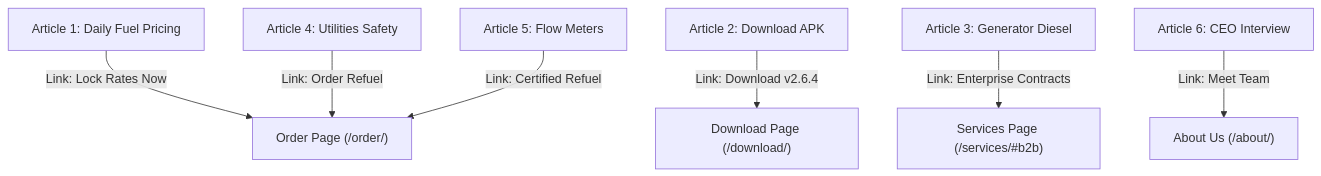
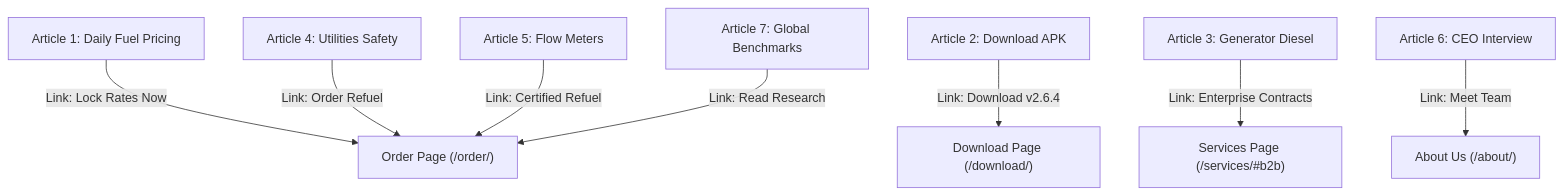
One commit to daniyal44/Zyphuel changed the diagram in docs/articles.md. Above: the diagram before and after it, drawn with Mermaid. The commit also changed other lines of this file and 43 other files, not shown here.

````diff
--- a/docs/articles.md
+++ b/docs/articles.md
@@ -62,9 +69,10 @@
 ```mermaid
 graph TD
     A1["Article 1: Daily Fuel Pricing"] -->|Link: Lock Rates Now| ORD["Order Page (/order/)"]
     A2["Article 2: Download APK"] -->|Link: Download v2.6.4| DWN["Download Page (/download/)"]
     A3["Article 3: Generator Diesel"] -->|Link: Enterprise Contracts| SRV["Services Page (/services/#b2b)"]
     A4["Article 4: Utilities Safety"] -->|Link: Order Refuel| ORD
     A5["Article 5: Flow Meters"] -->|Link: Certified Refuel| ORD
     A6["Article 6: CEO Interview"] -->|Link: Meet Team| ABT["About Us (/about/)"]
+    A7["Article 7: Global Benchmarks"] -->|Link: Read Research| ORD
 ```
````
